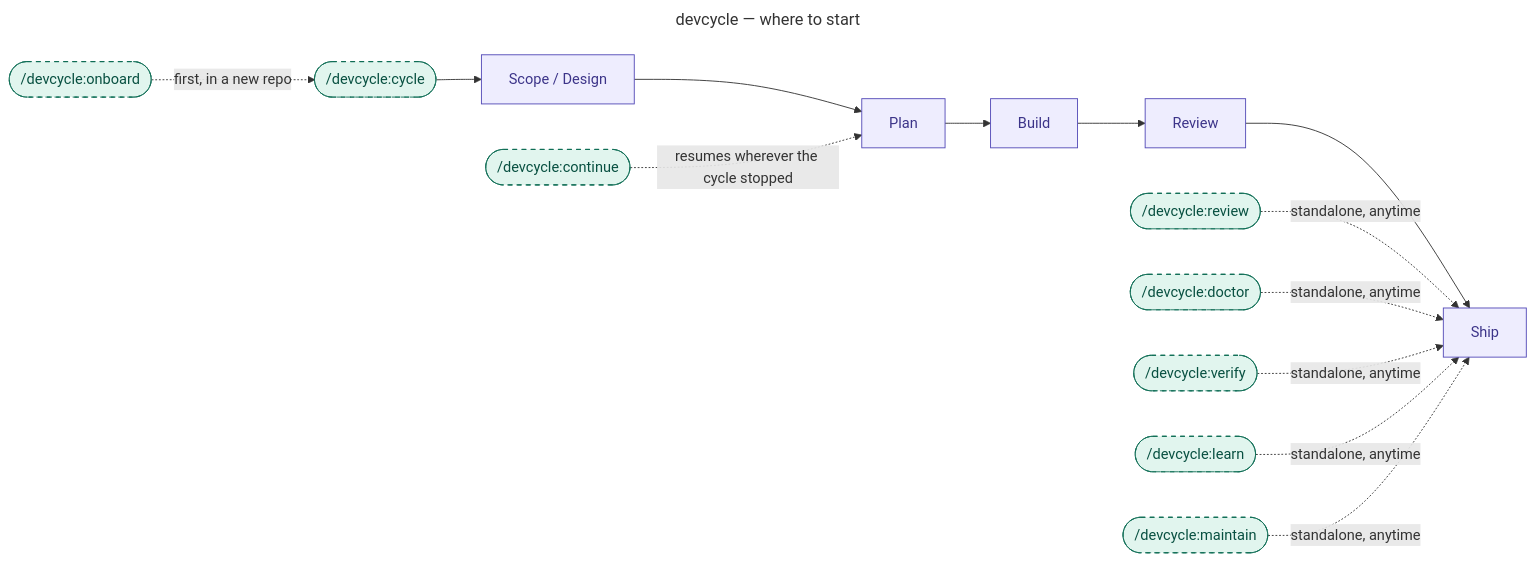
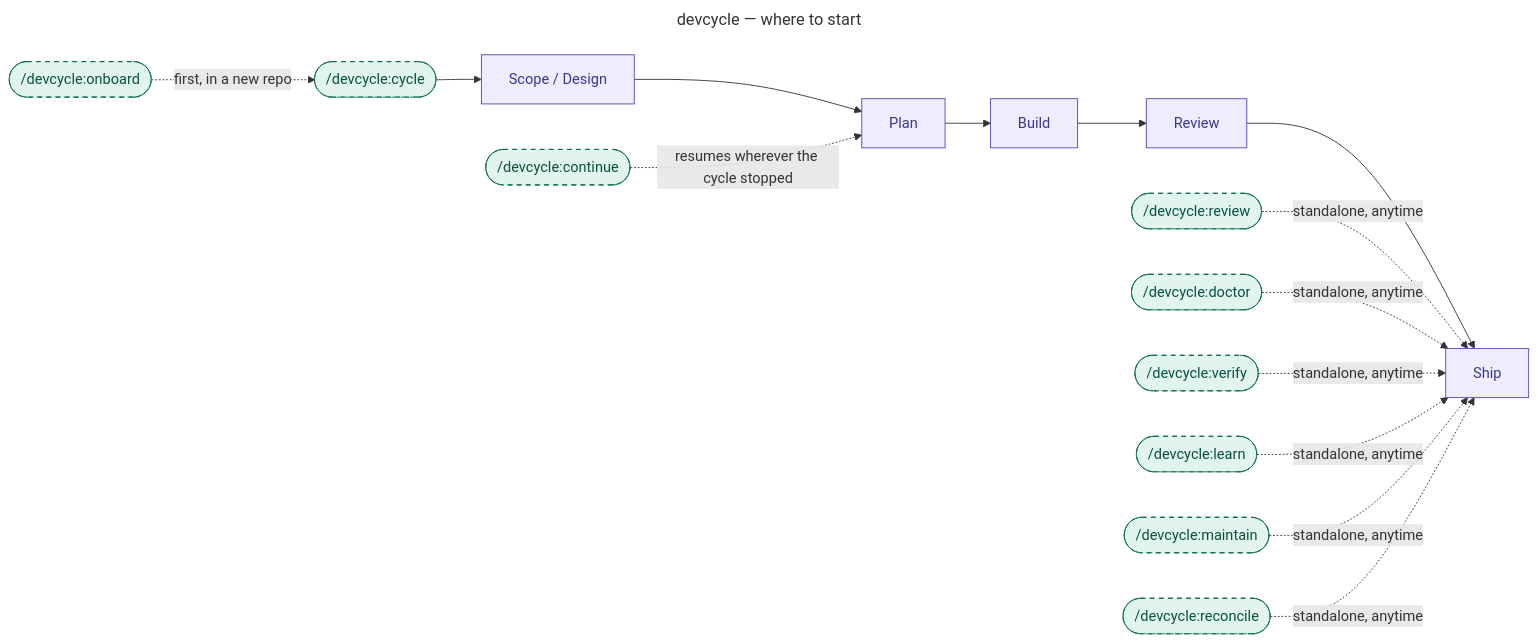
One commit to KonstantinRoehrl/devcycle changed the diagram in README.md. Above: the diagram before and after it, drawn with Mermaid. The commit also changed other lines of this file and 45 other files, not shown here.

Commit message:
feat(devcycle): add the reconcile command and harden the learn/doctor loop

````diff
--- a/README.md
+++ b/README.md
@@ -19,34 +19,36 @@
 ```mermaid
 ---
 title: devcycle — where to start
-accDescr: Command-level map of devcycle's eight slash commands. /devcycle:onboard scaffolds a new repo before the first cycle; /devcycle:cycle runs the guided pipeline through Scope/Design, Plan, Build, Review, and Ship; /devcycle:continue resumes a stopped cycle; and /devcycle:review, /devcycle:doctor, /devcycle:verify, /devcycle:learn, and /devcycle:maintain each run standalone at any time.
+accDescr: Command-level map of devcycle's nine slash commands. /devcycle:onboard scaffolds a new repo before the first cycle; /devcycle:cycle runs the guided pipeline through Scope/Design, Plan, Build, Review, and Ship; /devcycle:continue resumes a stopped cycle; and /devcycle:review, /devcycle:doctor, /devcycle:verify, /devcycle:learn, /devcycle:maintain, and /devcycle:reconcile each run standalone at any time.
 ---
 flowchart LR
     CYCLE(["/devcycle:cycle"]):::tool
     CONT(["/devcycle:continue"]):::tool
     ONBOARD(["/devcycle:onboard"]):::tool
     REVIEWCMD(["/devcycle:review"]):::tool
     DOCTOR(["/devcycle:doctor"]):::tool
     VERIFY(["/devcycle:verify"]):::tool
     LEARN(["/devcycle:learn"]):::tool
     MAINTAIN(["/devcycle:maintain"]):::tool
+    RECONCILE(["/devcycle:reconcile"]):::tool
 
     ONBOARD -. "first, in a new repo" .-> CYCLE
     CYCLE --> SCOPE["Scope / Design"]:::stage
     SCOPE --> PLAN["Plan"]:::stage
     PLAN --> BUILD["Build"]:::stage
     BUILD --> REVIEW["Review"]:::stage
     REVIEW --> SHIP["Ship"]:::stage
 
     CONT -. "resumes wherever the cycle stopped" .-> PLAN
 
     REVIEWCMD -. "standalone, anytime" .-> SHIP
     DOCTOR -. "standalone, anytime" .-> SHIP
     VERIFY -. "standalone, anytime" .-> SHIP
     LEARN -. "standalone, anytime" .-> SHIP
     MAINTAIN -. "standalone, anytime" .-> SHIP
+    RECONCILE -. "standalone, anytime" .-> SHIP
 
     classDef stage fill:#EEEDFE,stroke:#534AB7,color:#3C3489;
     classDef tool fill:#E1F5EE,stroke:#0F6E56,color:#085041,stroke-dasharray:5 5;
     classDef structural fill:#F1EFE8,stroke:#5F5E5A,color:#444441;
 ```
````
